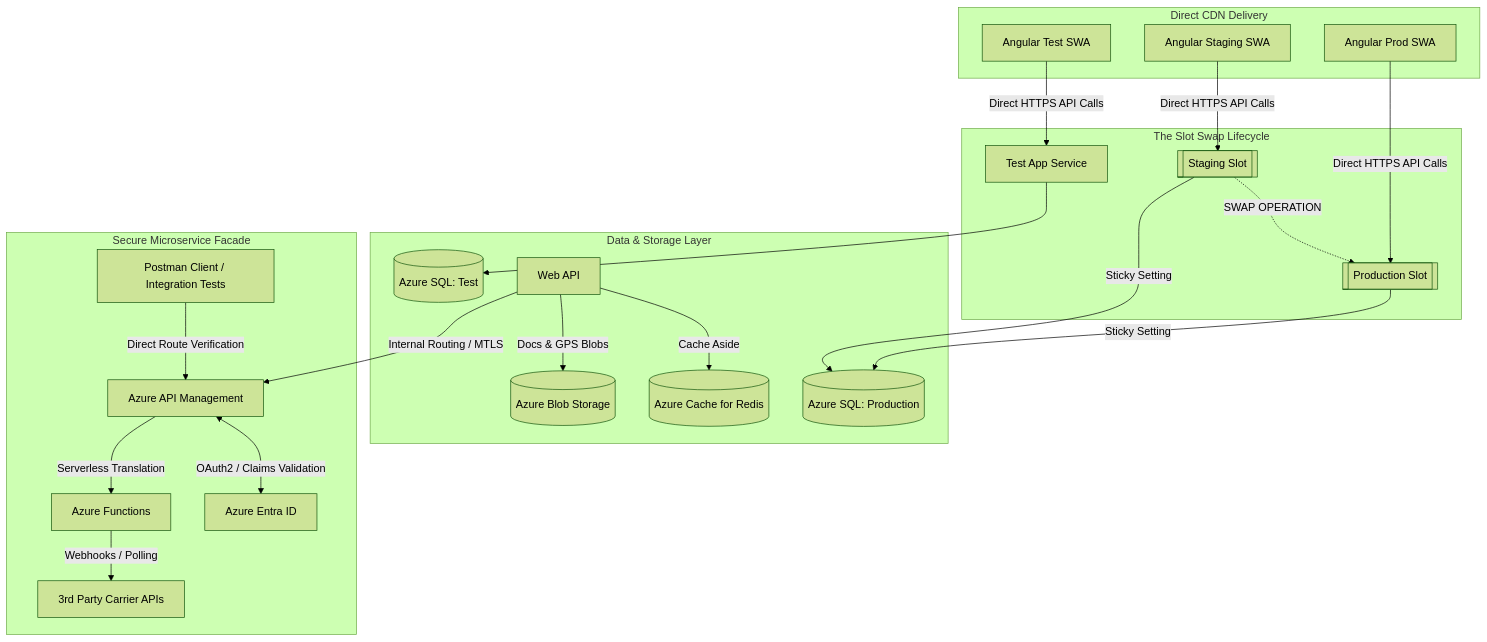
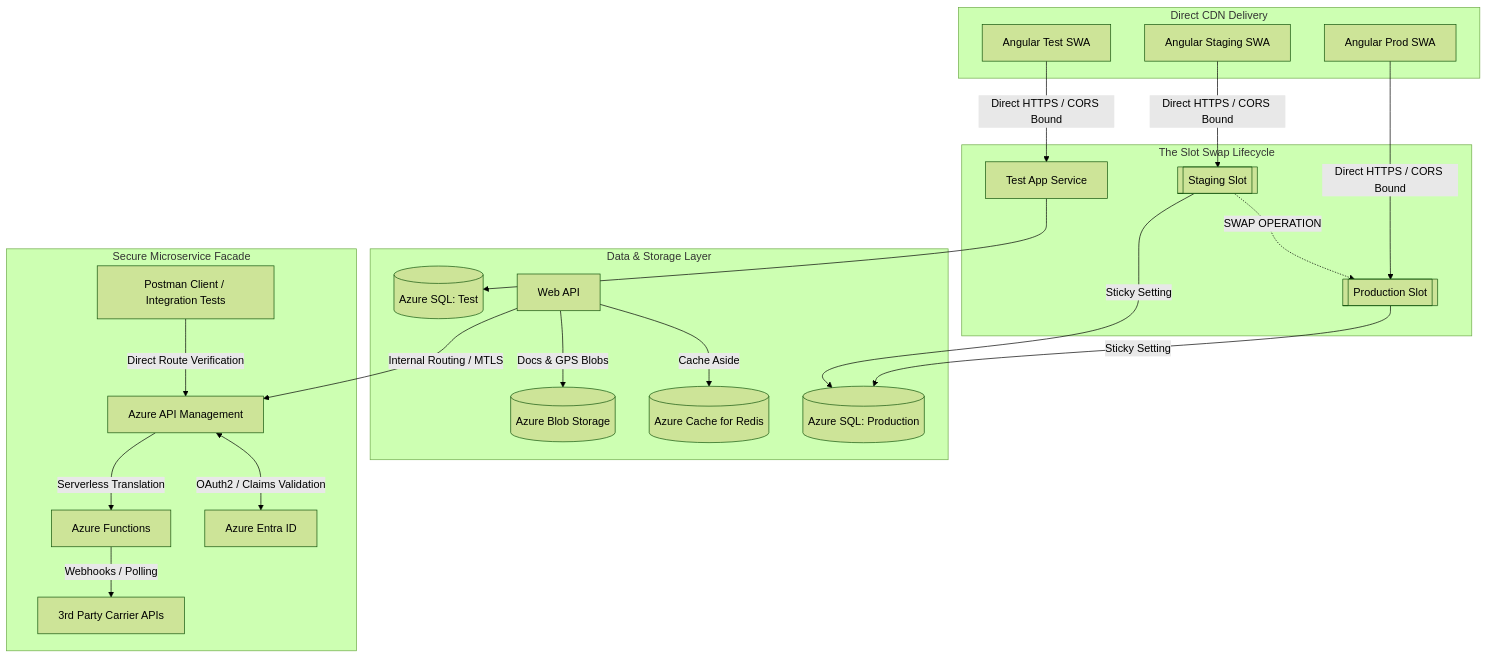
One commit to acforbes/freight-logistics-architecture changed the first of 2 diagrams in README.md. Above: the diagram before and after it, drawn with Mermaid (forest theme). The commit also changed other lines of this file and 2 other files, not shown here.

Commit message:
docs: added before system architecture comparison and CORS info

````diff
--- a/README.md
+++ b/README.md
@@ -18,32 +36,32 @@
 ```mermaid
 graph TD
     subgraph Frontend Layer [Direct CDN Delivery]
         SWA_Test[Angular Test SWA]
         SWA_Stag[Angular Staging SWA]
         SWA_Prod[Angular Prod SWA]
     end
 
     subgraph Backend App Service Plan [The Slot Swap Lifecycle]
-        SWA_Test -->|Direct HTTPS API Calls| API_Test[Test App Service]
-        SWA_Stag -->|Direct HTTPS API Calls| Slot_Stag[[Staging Slot]]
-        SWA_Prod -->|Direct HTTPS API Calls| Slot_Prod[[Production Slot]]
+        SWA_Test -->|Direct HTTPS / CORS Bound| API_Test[Test App Service]
+        SWA_Stag -->|Direct HTTPS / CORS Bound| Slot_Stag[[Staging Slot]]
+        SWA_Prod -->|Direct HTTPS / CORS Bound| Slot_Prod[[Production Slot]]
         
         Slot_Stag -.->|SWAP OPERATION| Slot_Prod
     end
 
     subgraph Data & Storage Layer
         API_Test --> DB_Test[(Azure SQL: Test)]
         Slot_Stag -->|Sticky Setting| DB_Prod[(Azure SQL: Production)]
         Slot_Prod -->|Sticky Setting| DB_Prod
         AppService -->|Cache Aside| Redis[(Azure Cache for Redis)]
         AppService -->|Docs & GPS Blobs| Blob[(Azure Blob Storage)]
     end
 
     subgraph Secure Microservice Facade
         AppService[Web API] -->|Internal Routing / MTLS| APIM[Azure API Management]
         PM[Postman Client / Integration Tests] -->|Direct Route Verification| APIM
         APIM <-->|OAuth2 / Claims Validation| Entra[Azure Entra ID]
         APIM -->|Serverless Translation| AzFunc[Azure Functions]
         AzFunc -->|Webhooks / Polling| External[3rd Party Carrier APIs]
     end
 ```
````
